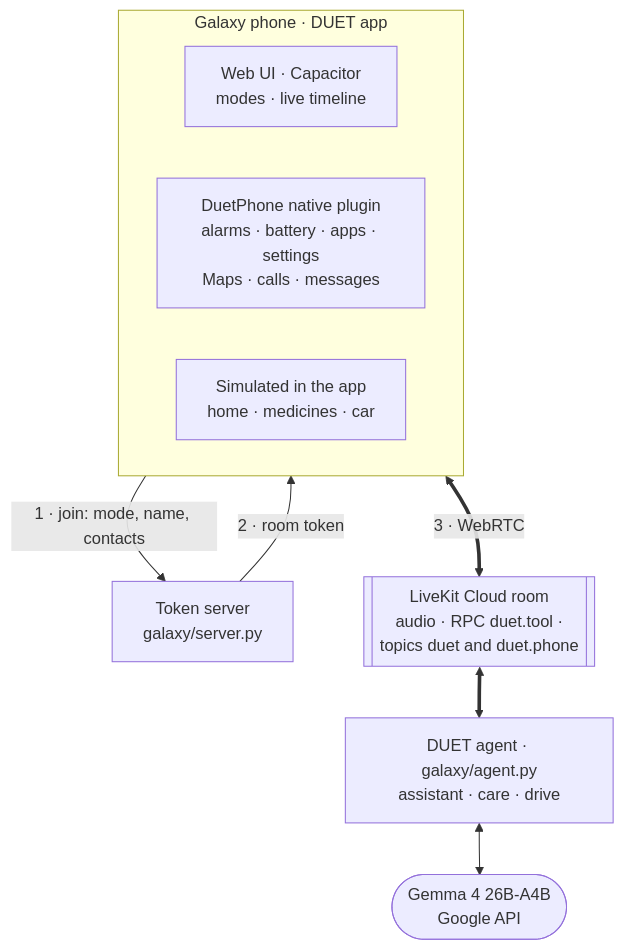
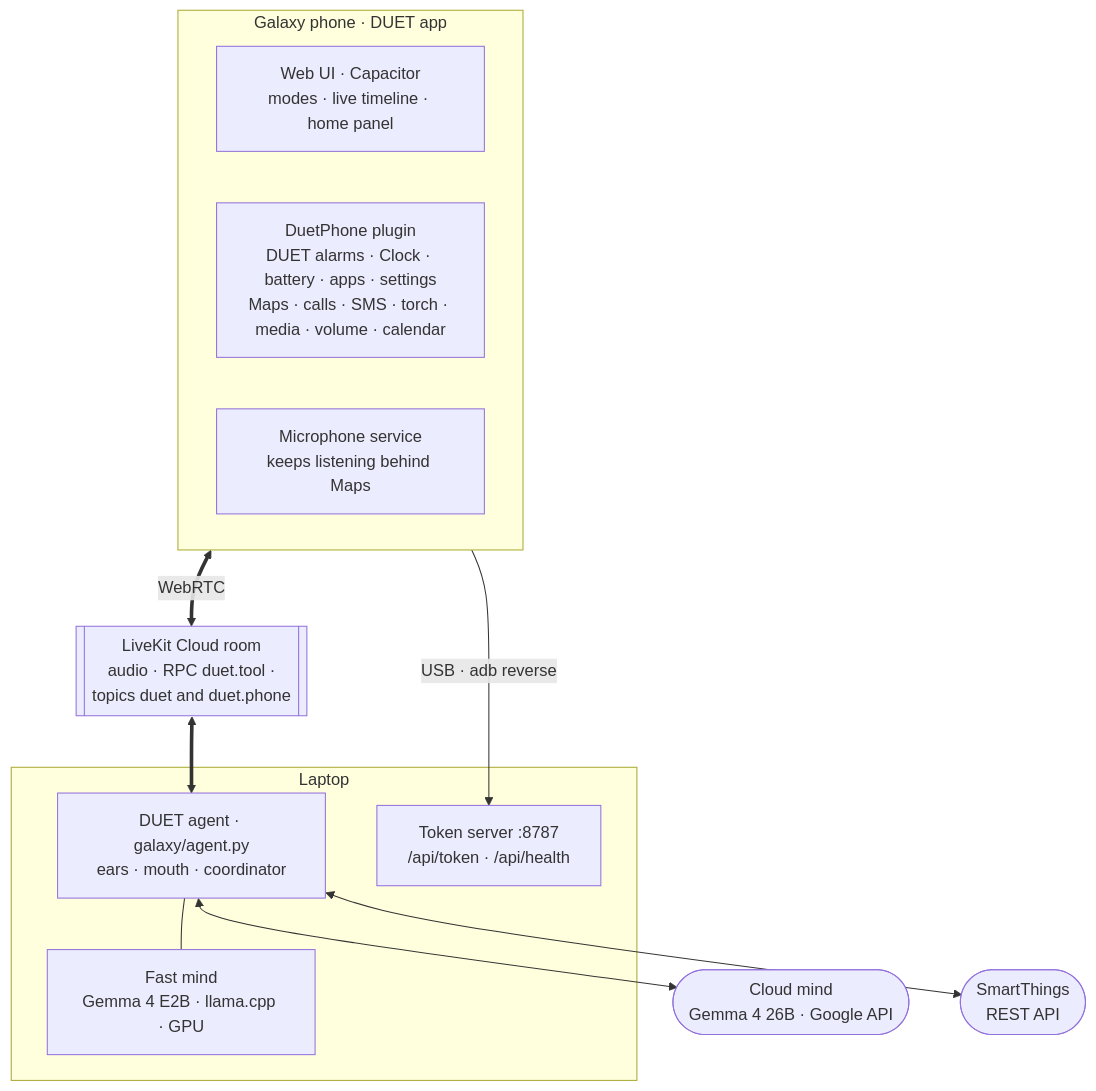
The diagram in app/README.md (tannnmayy/DUET-SAMSUNGPRISM-HACKATHON-TEAM-SE7EN), drawn with Mermaid before and after one commit. The commit also changed other lines of this file and 10 other files, not shown here.

First line of the commit message:
Dropped requests stay with the cloud mind; readiness check and auto-rejoin; Round 2 demo kit and docs

````diff
--- a/app/README.md
+++ b/app/README.md
@@ -16,18 +16,23 @@
 ```mermaid
 flowchart TB
     subgraph PHONE["Galaxy phone · DUET app"]
         direction LR
-        UI["Web UI · Capacitor<br/>modes · live timeline"]
-        NATIVE["DuetPhone native plugin<br/>alarms · battery · apps · settings<br/>Maps · calls · messages"]
-        SIM["Simulated in the app<br/>home · medicines · car"]
+        UI["Web UI · Capacitor<br/>modes · live timeline · home panel"]
+        NATIVE["DuetPhone plugin<br/>DUET alarms · Clock · battery · apps · settings<br/>Maps · calls · SMS · torch · media · volume · calendar"]
+        FGS["Microphone service<br/>keeps listening behind Maps"]
     end
-    TOKEN["Token server<br/>galaxy/server.py"]
     ROOM[["LiveKit Cloud room<br/>audio · RPC duet.tool ·<br/>topics duet and duet.phone"]]
-    AGENT["DUET agent · galaxy/agent.py<br/>assistant · care · drive"]
-    GEMMA(["Gemma 4 26B-A4B<br/>Google API"])
-    PHONE -->|"1 · join: mode, name, contacts"| TOKEN
-    TOKEN -->|"2 · room token"| PHONE
-    PHONE <==>|"3 · WebRTC"| ROOM
+    subgraph LAPTOP["Laptop"]
+        AGENT["DUET agent · galaxy/agent.py<br/>ears · mouth · coordinator"]
+        FAST["Fast mind<br/>Gemma 4 E2B · llama.cpp · GPU"]
+        TOKEN["Token server :8787<br/>/api/token · /api/health"]
+    end
+    GEMMA(["Cloud mind<br/>Gemma 4 26B · Google API"])
+    ST(["SmartThings<br/>REST API"])
+    PHONE <==>|WebRTC| ROOM
     ROOM <==> AGENT
+    AGENT --- FAST
     AGENT <--> GEMMA
+    AGENT <--> ST
+    PHONE -->|USB · adb reverse| TOKEN
 ```
````
